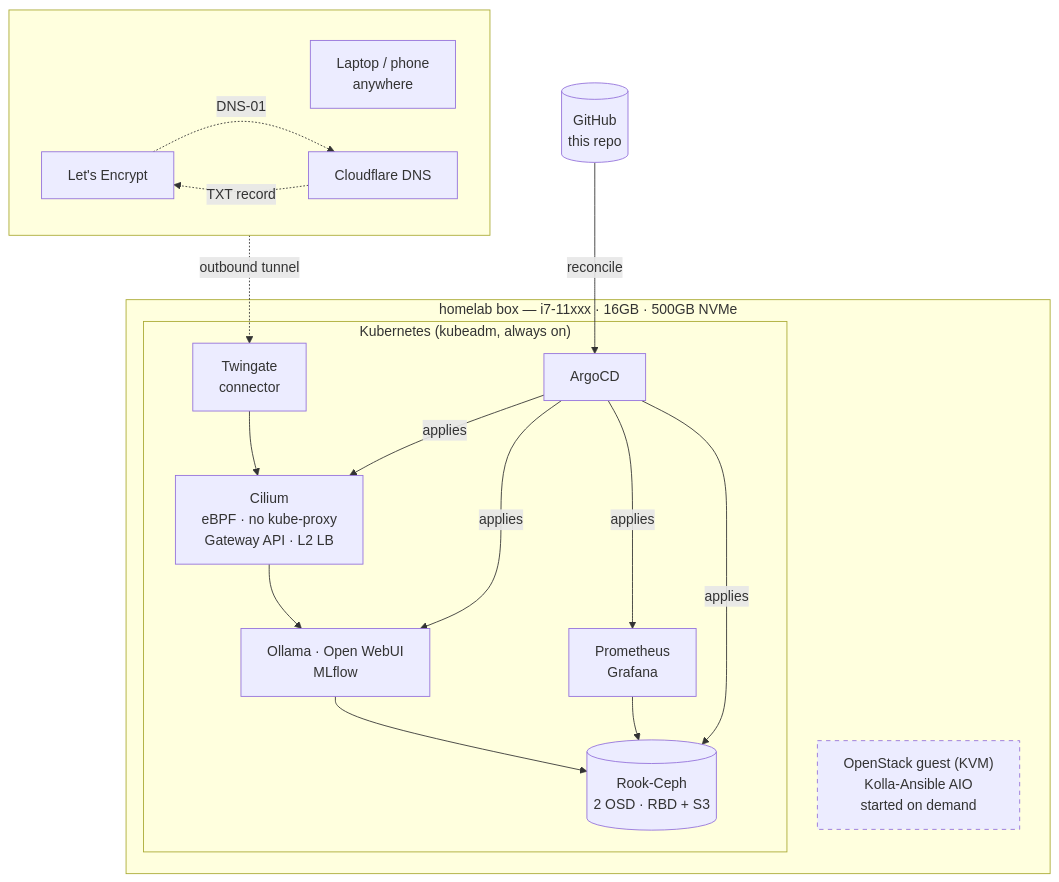
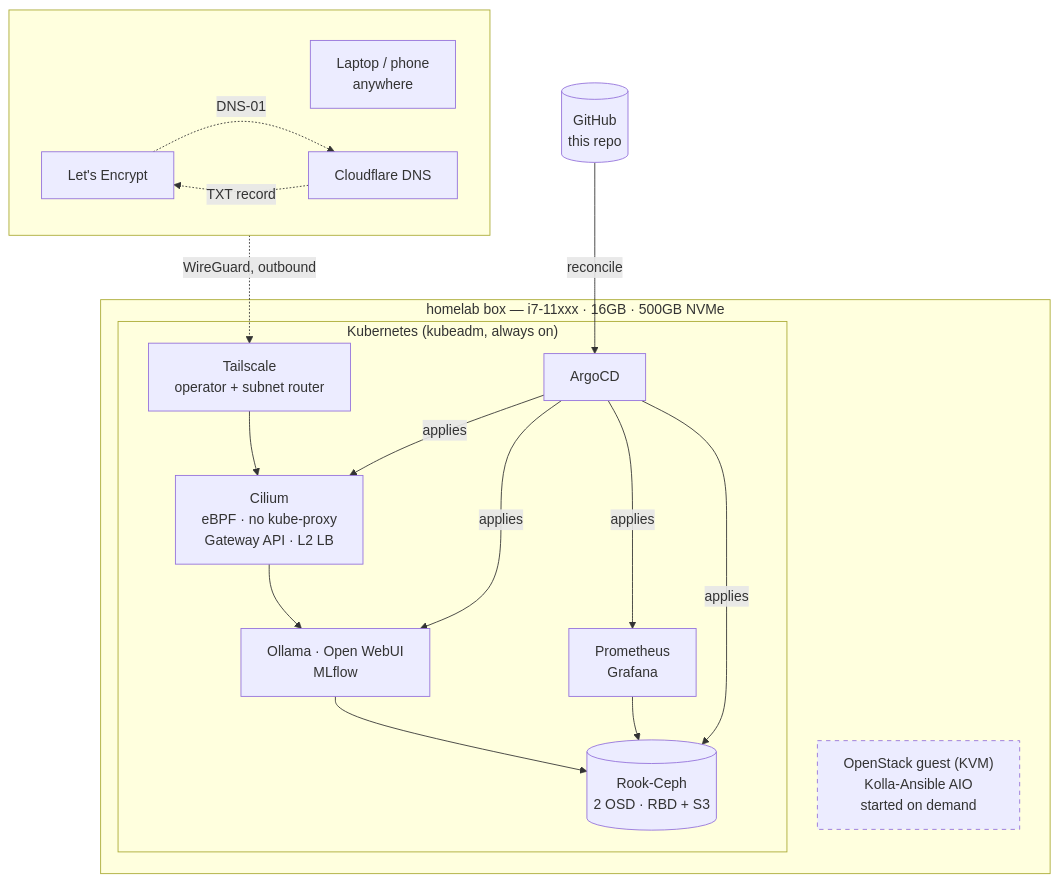
Before and after one commit to KayaanT/homelab: the diagram in README.md, drawn with Mermaid. The commit also changed other lines of this file and 11 other files, not shown here.

First line of the commit message:
platform: replace Twingate with Tailscale

````diff
--- a/README.md
+++ b/README.md
@@ -14,35 +14,35 @@
 ```mermaid
 flowchart TB
     subgraph internet [" "]
         direction LR
         U[Laptop / phone<br/>anywhere]
         LE[Let's Encrypt]
         CF[Cloudflare DNS]
     end
 
     subgraph box ["homelab box — i7-11xxx · 16GB · 500GB NVMe"]
         subgraph k8s ["Kubernetes (kubeadm, always on)"]
             CIL[Cilium<br/>eBPF · no kube-proxy<br/>Gateway API · L2 LB]
             ARGO[ArgoCD]
             ROOK[(Rook-Ceph<br/>2 OSD · RBD + S3)]
             OBS[Prometheus<br/>Grafana]
-            TG[Twingate<br/>connector]
+            TS[Tailscale<br/>operator + subnet router]
             AI[Ollama · Open WebUI<br/>MLflow]
         end
         OS["OpenStack guest (KVM)<br/>Kolla-Ansible AIO<br/>started on demand"]
     end
 
     GH[(GitHub<br/>this repo)]
 
-    U -. outbound tunnel .-> TG
-    TG --> CIL
+    U -. WireGuard, outbound .-> TS
+    TS --> CIL
     CIL --> AI
     AI --> ROOK
     OBS --> ROOK
     GH -->|reconcile| ARGO
     ARGO -->|applies| CIL & ROOK & OBS & AI
     LE -.DNS-01.-> CF
     CF -.TXT record.-> LE
 
     style OS stroke-dasharray: 5 5
 ```
````
